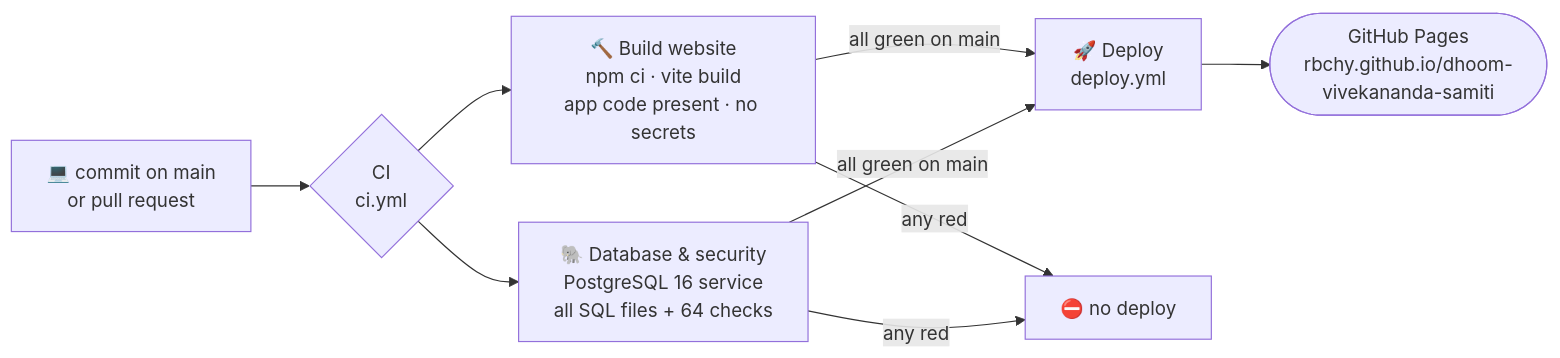
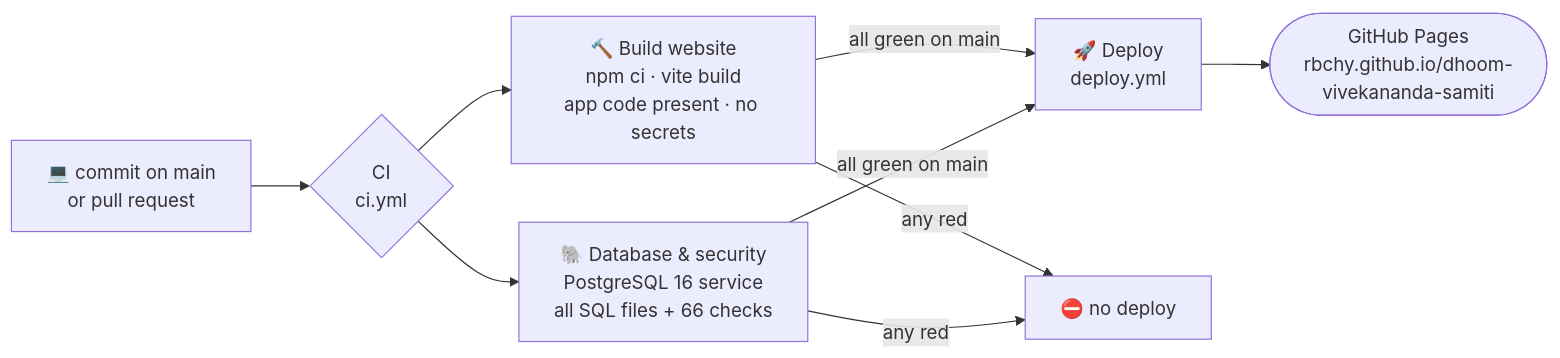
The fifth of 6 diagrams in README.md (rbchy/dhoom-vivekananda-samiti), drawn with Mermaid before and after one commit. The commit also changed other lines of this file and 9 other files, not shown here.

````diff
--- a/README.md
+++ b/README.md
@@ -286,9 +286,9 @@
 ```mermaid
 flowchart LR
   DEV["💻 commit on main<br/>or pull request"] --> CI{"CI<br/>ci.yml"}
   CI --> J1["🔨 Build website<br/>npm ci · vite build<br/>app code present · no secrets"]
-  CI --> J2["🐘 Database & security<br/>PostgreSQL 16 service<br/>all SQL files + 64 checks"]
+  CI --> J2["🐘 Database & security<br/>PostgreSQL 16 service<br/>all SQL files + 66 checks"]
   J1 & J2 -->|all green on main| CD["🚀 Deploy<br/>deploy.yml"]
   CD --> PAGES(["GitHub Pages<br/>rbchy.github.io/dhoom-vivekananda-samiti"])
   J1 & J2 -->|any red| STOP["⛔ no deploy"]
 ```
````
